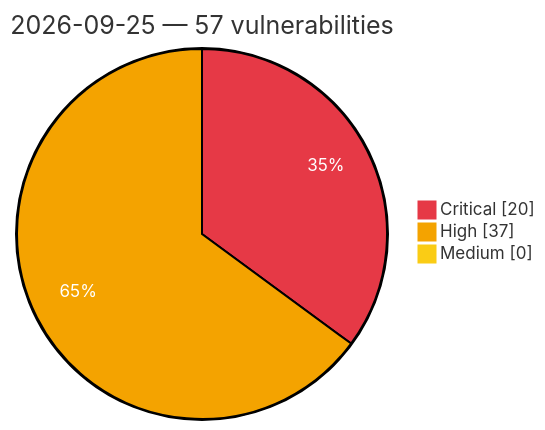
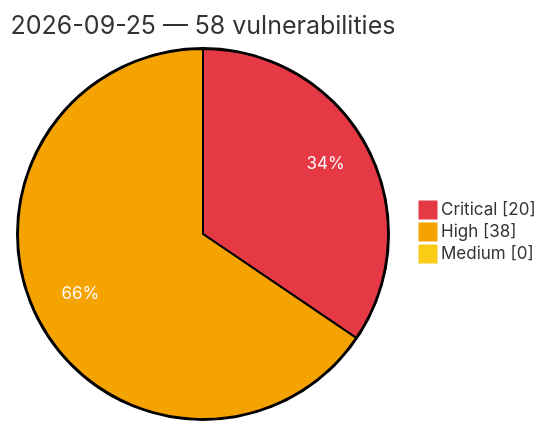
Before and after one commit to GhostX0X/vuln-tracker: the diagram in vulnerabilities/2026/September/2026-09-25.md, drawn with Mermaid. The commit also changed other lines of this file and 5 other files, not shown here.

````diff
--- a/vulnerabilities/2026/September/2026-09-25.md
+++ b/vulnerabilities/2026/September/2026-09-25.md
@@ -3,8 +3,8 @@
 ```mermaid
 %%{init: {'theme':'base', 'themeVariables': {'pie1':'#e63946', 'pie2':'#f4a300', 'pie3':'#facc15', 'pieOpacity':'1', 'pieOuterStrokeWidth':'2px', 'pieSectionTextColor':'#ffffff'}}}%%
 pie showData
-    title 2026-09-25 — 57 vulnerabilities
+    title 2026-09-25 — 58 vulnerabilities
     "Critical" : 20
-    "High" : 37
+    "High" : 38
     "Medium" : 0
 ```
````
